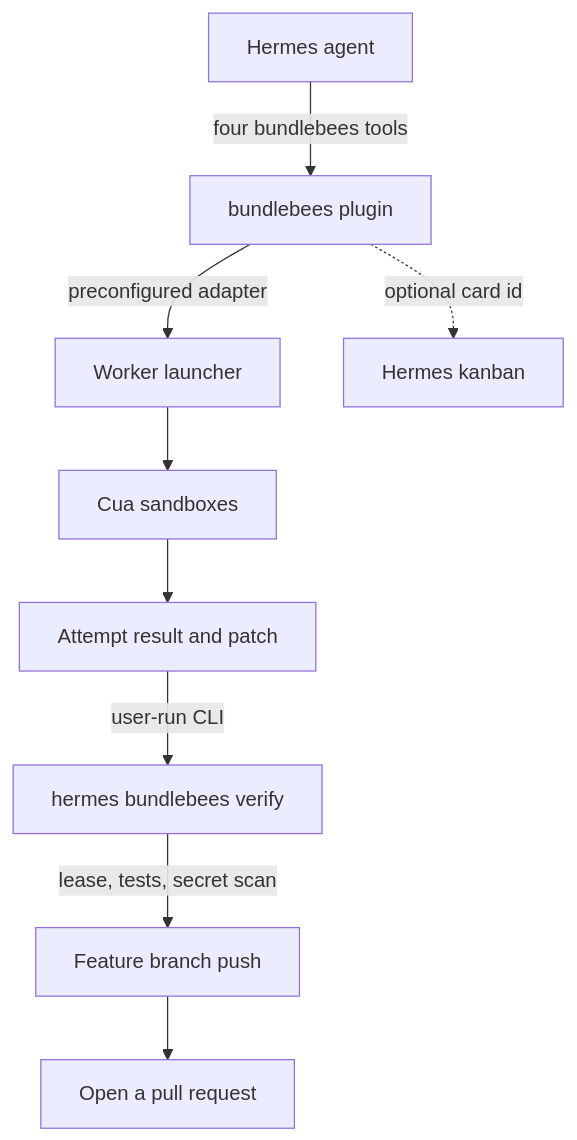
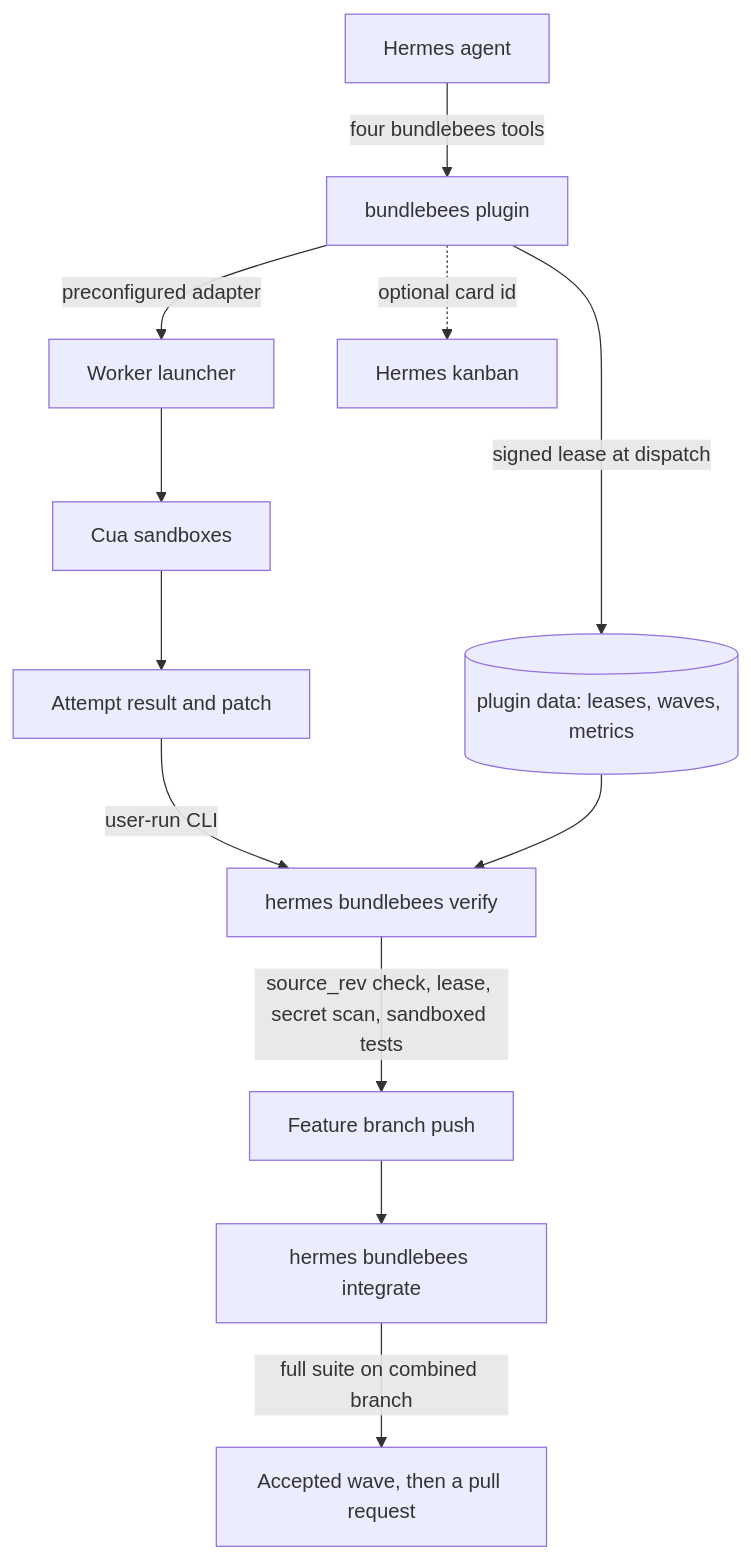
One commit to mojomast/bundlebees changed the diagram in README.md. Above: the diagram before and after it, drawn with Mermaid. The commit also changed other lines of this file and 5 other files, not shown here.

````diff
--- a/README.md
+++ b/README.md
@@ -66,11 +75,14 @@
 ```mermaid
 flowchart TD
   A[Hermes agent] -->|four bundlebees tools| B[bundlebees plugin]
   B -->|preconfigured adapter| C[Worker launcher]
   C --> D[Cua sandboxes]
   D --> E[Attempt result and patch]
+  B -->|signed lease at dispatch| L[(plugin data: leases, waves, metrics)]
   E -->|user-run CLI| F["hermes bundlebees verify"]
-  F -->|lease, tests, secret scan| G[Feature branch push]
-  G --> H[Open a pull request]
+  L --> F
+  F -->|source_rev check, lease, secret scan, sandboxed tests| G[Feature branch push]
+  G --> I["hermes bundlebees integrate"]
+  I -->|full suite on combined branch| H[Accepted wave, then a pull request]
   B -.->|optional card id| K[Hermes kanban]
 ```
````
